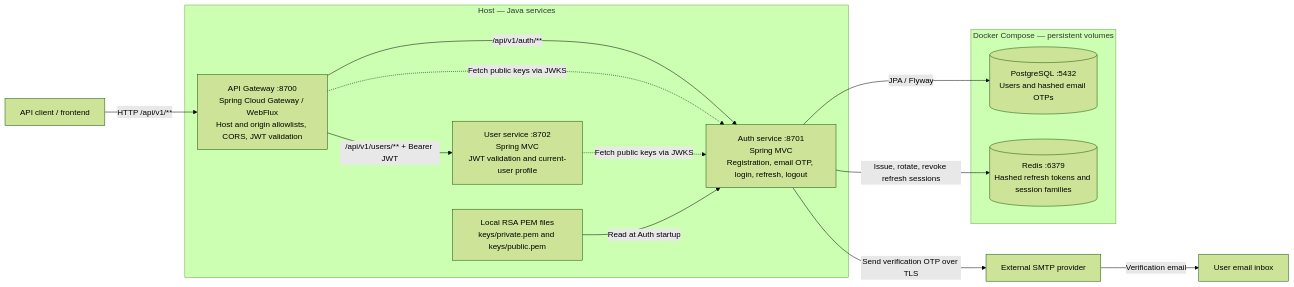
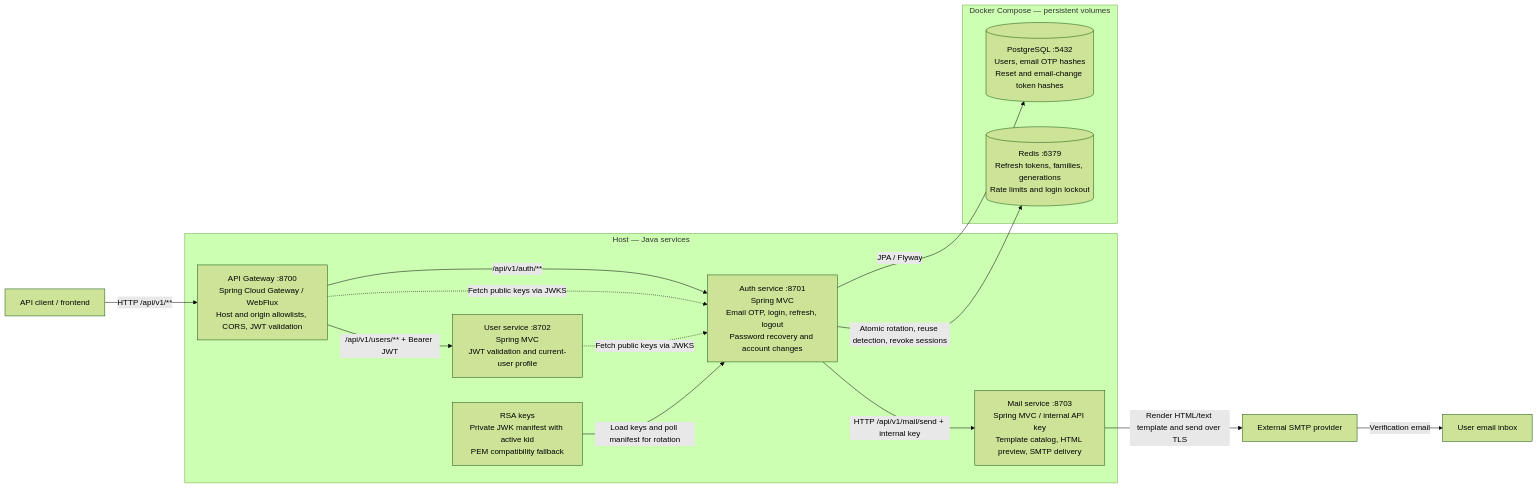
Before and after one commit to Sanglm2207/hybrid-auth-platform: the first of 2 diagrams in README.md, drawn with Mermaid (forest theme). The commit also changed other lines of this file and 5 other files, not shown here.

Commit message:
docs: describe mail service, P0 security and P1 account lifecycle

````diff
--- a/README.md
+++ b/README.md
@@ -13,30 +19,32 @@
 ```mermaid
 flowchart LR
     client["API client / frontend"]
 
     subgraph host["Host — Java services"]
         gateway["API Gateway :8700<br/>Spring Cloud Gateway / WebFlux<br/>Host and origin allowlists, CORS, JWT validation"]
-        auth["Auth service :8701<br/>Spring MVC<br/>Registration, email OTP, login, refresh, logout"]
+        auth["Auth service :8701<br/>Spring MVC<br/>Email OTP, login, refresh, logout<br/>Password recovery and account changes"]
         user["User service :8702<br/>Spring MVC<br/>JWT validation and current-user profile"]
-        keys["Local RSA PEM files<br/>keys/private.pem and keys/public.pem"]
+        mail["Mail service :8703<br/>Spring MVC / internal API key<br/>Template catalog, HTML preview, SMTP delivery"]
+        keys["RSA keys<br/>Private JWK manifest with active kid<br/>PEM compatibility fallback"]
     end
 
     subgraph docker["Docker Compose — persistent volumes"]
-        postgres[("PostgreSQL :5432<br/>Users and hashed email OTPs")]
-        redis[("Redis :6379<br/>Hashed refresh tokens and session families")]
+        postgres[("PostgreSQL :5432<br/>Users, email OTP hashes<br/>Reset and email-change token hashes")]
+        redis[("Redis :6379<br/>Refresh tokens, families, generations<br/>Rate limits and login lockout")]
     end
 
     smtp["External SMTP provider"]
     inbox["User email inbox"]
 
     client -->|"HTTP /api/v1/**"| gateway
     gateway -->|"/api/v1/auth/**"| auth
     gateway -->|"/api/v1/users/** + Bearer JWT"| user
     gateway -.->|"Fetch public keys via JWKS"| auth
     user -.->|"Fetch public keys via JWKS"| auth
-    keys -->|"Read at Auth startup"| auth
+    keys -->|"Load keys and poll manifest for rotation"| auth
     auth -->|"JPA / Flyway"| postgres
-    auth -->|"Issue, rotate, revoke refresh sessions"| redis
-    auth -->|"Send verification OTP over TLS"| smtp
+    auth -->|"Atomic rotation, reuse detection, revoke sessions"| redis
+    auth -->|"HTTP /api/v1/mail/send + internal key"| mail
+    mail -->|"Render HTML/text template and send over TLS"| smtp
     smtp -->|"Verification email"| inbox
 ```
````
